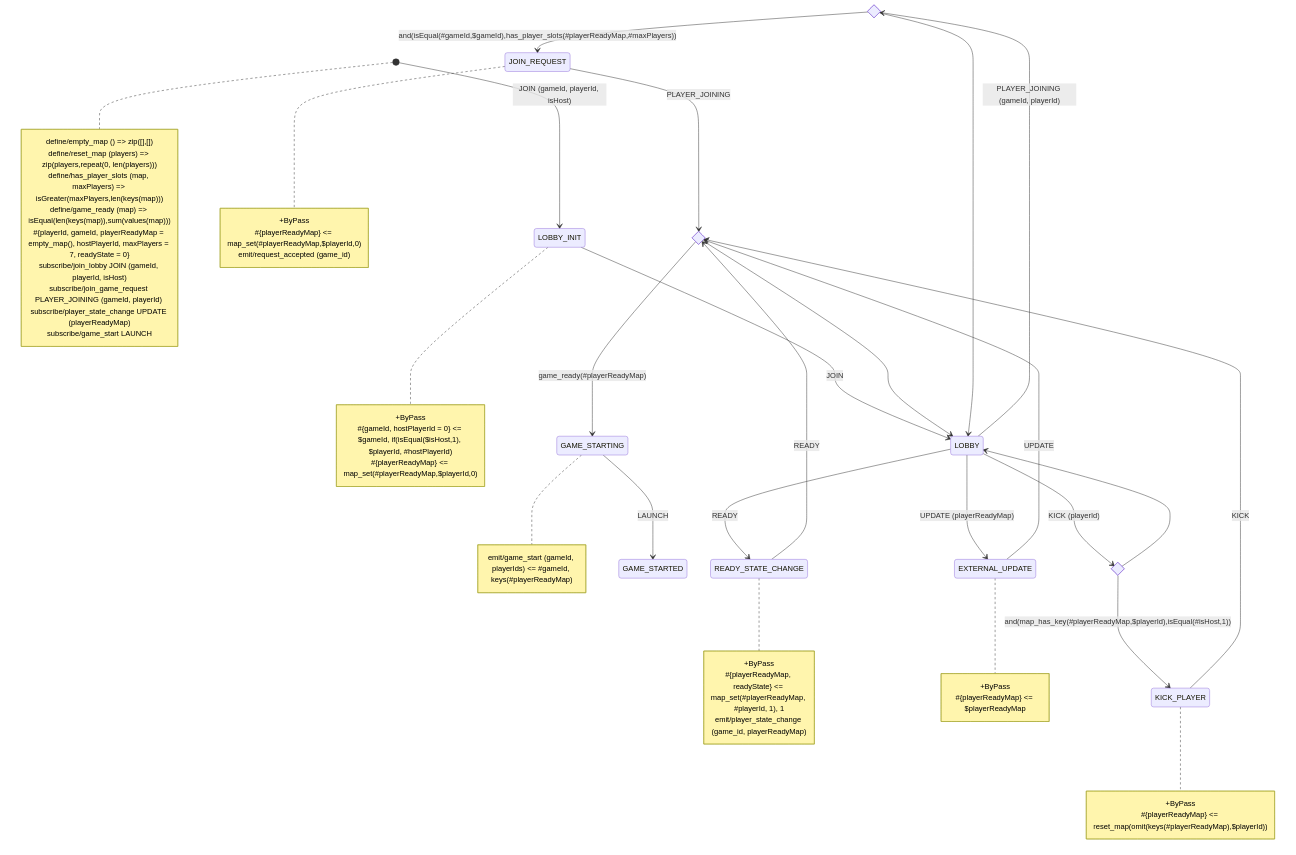
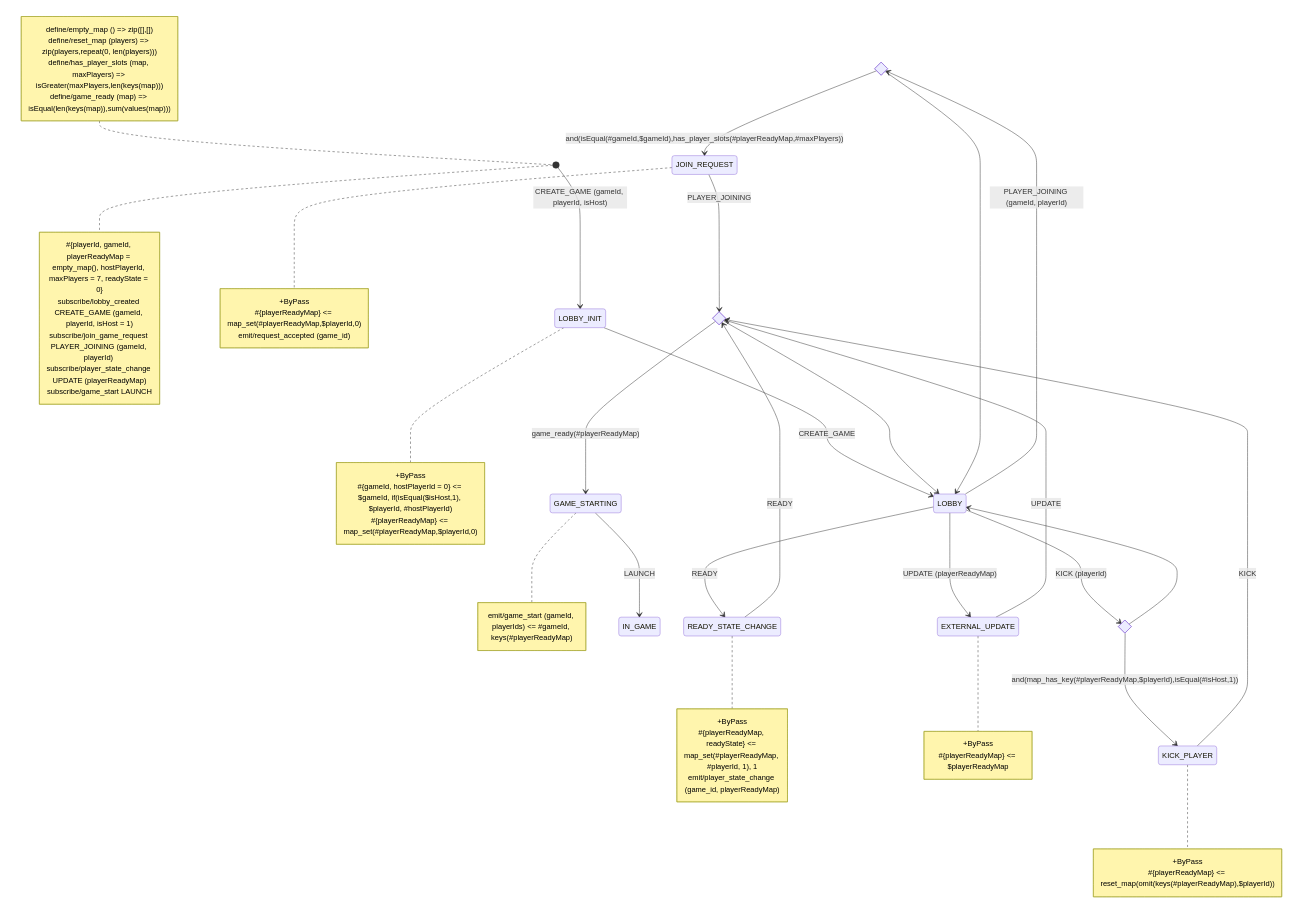
Before and after one commit to tfcp68/battle-farm: the third of 12 diagrams in docs/diagrams.md, drawn with Mermaid. The commit also changed other lines of this file, not shown here.

````diff
--- a/docs/diagrams.md
+++ b/docs/diagrams.md
@@ -85,61 +118,63 @@
 ```mermaid
 stateDiagram-v2
     state hasSpace <<choice>>
     state canKick <<choice>>
     state gameReady <<choice>>
-    [*] --> LOBBY_INIT: JOIN (gameId, playerId, isHost)
+    [*] --> LOBBY_INIT: CREATE_GAME (gameId, playerId, isHost)
     LOBBY --> hasSpace: PLAYER_JOINING (gameId, playerId)
     hasSpace --> JOIN_REQUEST: and(isEqual(#gameId,$gameId),has_player_slots(#playerReadyMap,#maxPlayers))
-    LOBBY_INIT --> LOBBY: JOIN
+    LOBBY_INIT --> LOBBY: CREATE_GAME
     LOBBY --> EXTERNAL_UPDATE: UPDATE (playerReadyMap)
     LOBBY-->canKick: KICK (playerId)
     canKick-->KICK_PLAYER: and(map_has_key(#playerReadyMap,$playerId),isEqual(#isHost,1))
     KICK_PLAYER-->gameReady: KICK
     LOBBY --> READY_STATE_CHANGE: READY
     READY_STATE_CHANGE --> gameReady: READY
     EXTERNAL_UPDATE --> gameReady: UPDATE
     JOIN_REQUEST --> gameReady: PLAYER_JOINING
     gameReady --> GAME_STARTING: game_ready(#playerReadyMap)
     gameReady --> LOBBY
     hasSpace -->LOBBY 
     canKick --> LOBBY
-    GAME_STARTING-->GAME_STARTED: LAUNCH
+    GAME_STARTING-->IN_GAME: LAUNCH
 
-note right of [*]
+note left of [*]
 define/empty_map () => zip([],[])
 define/reset_map (players) => zip(players,repeat(0, len(players)))
 define/has_player_slots (map, maxPlayers) => isGreater(maxPlayers,len(keys(map)))
 define/game_ready (map) => isEqual(len(keys(map)),sum(values(map)))
+end note
+note right of [*]
 #{playerId, gameId, playerReadyMap = empty_map(), hostPlayerId, maxPlayers = 7, readyState = 0}
-subscribe/join_lobby JOIN (gameId, playerId, isHost)
+subscribe/lobby_created CREATE_GAME (gameId, playerId, isHost = 1)
 subscribe/join_game_request PLAYER_JOINING (gameId, playerId) 
 subscribe/player_state_change UPDATE (playerReadyMap)
 subscribe/game_start LAUNCH
 end note
 note right of LOBBY_INIT
 +ByPass
 #{gameId, hostPlayerId = 0} <= $gameId, if(isEqual($isHost,1), $playerId, #hostPlayerId)
 #{playerReadyMap} <= map_set(#playerReadyMap,$playerId,0)
 end note
 note right of JOIN_REQUEST
 +ByPass
 #{playerReadyMap} <= map_set(#playerReadyMap,$playerId,0)
 emit/request_accepted (game_id)
 end note
 note right of KICK_PLAYER
 +ByPass
 #{playerReadyMap} <= reset_map(omit(keys(#playerReadyMap),$playerId))
 end note
 note right of READY_STATE_CHANGE
 +ByPass
 #{playerReadyMap, readyState} <= map_set(#playerReadyMap, #playerId, 1), 1
 emit/player_state_change (game_id, playerReadyMap)
 end note
 note right of EXTERNAL_UPDATE
 +ByPass
 #{playerReadyMap} <= $playerReadyMap
 end note
 note right of GAME_STARTING
 emit/game_start (gameId, playerIds) <= #gameId, keys(#playerReadyMap)
 end note
 ```
````
